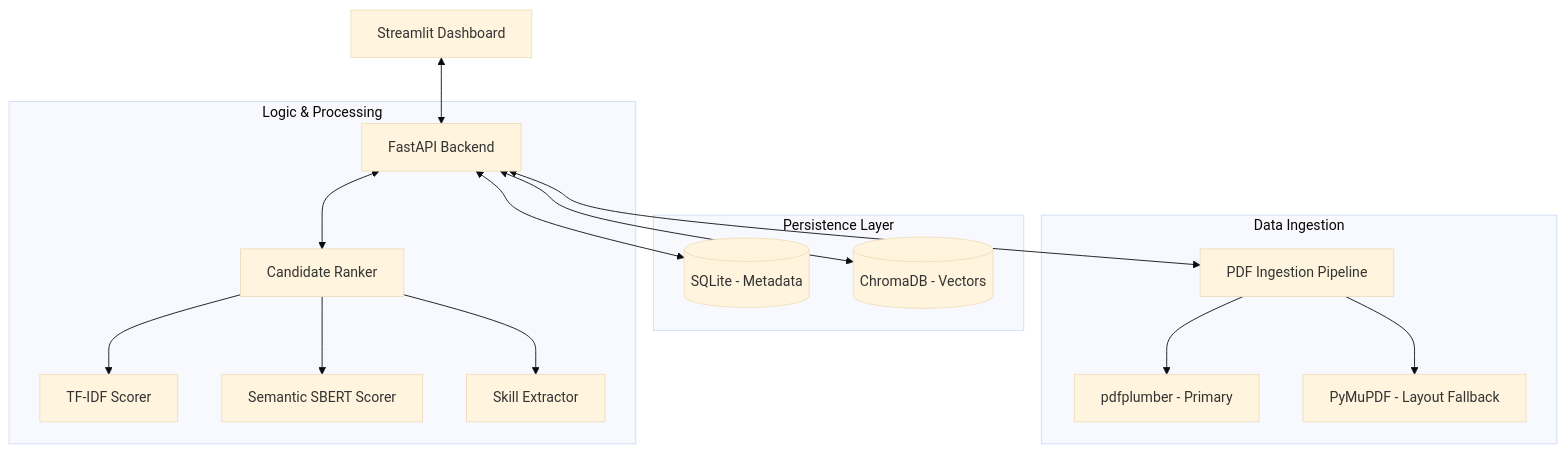
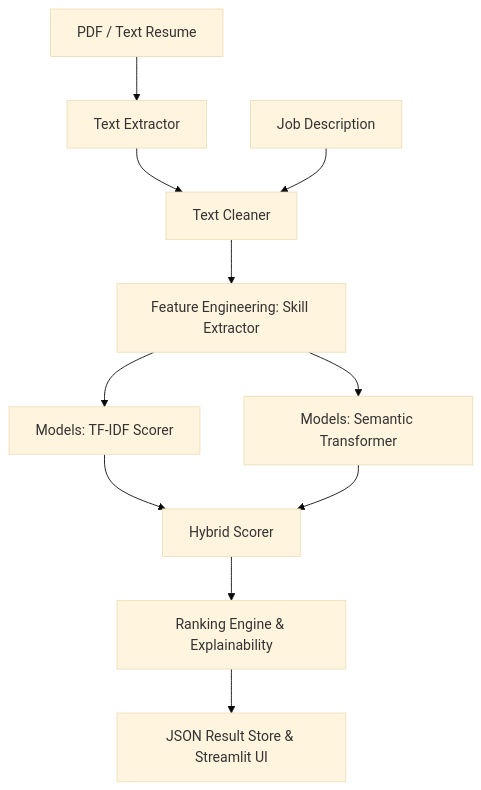
The diagram in README.md (KailasVS666/candidate-ranking-engine), drawn with Mermaid (base theme) before and after one commit. The commit also changed other lines of this file, not shown here.

Commit message:
docs: overhaul README with full project analysis, architecture, usage, and contribution guide

````diff
--- a/README.md
+++ b/README.md
@@ -26,22 +30,13 @@
 ```mermaid
 graph TD
-    A[Streamlit Dashboard] <--> B[FastAPI Backend]
-    
-    subgraph "Logic & Processing"
-        B <--> C[Candidate Ranker]
-        C --> D[TF-IDF Scorer]
-        C --> E[Semantic SBERT Scorer]
-        C --> F[Skill Extractor]
-    end
-    
-    subgraph "Persistence Layer"
-        B <--> G[(SQLite - Metadata)]
-        B <--> H[(ChromaDB - Vectors)]
-    end
-    
-    subgraph "Data Ingestion"
-        B <--> I[PDF Ingestion Pipeline]
-        I --> J[pdfplumber - Primary]
-        I --> K[PyMuPDF - Layout Fallback]
-    end
+    A[PDF / Text Resume] --> B[Text Extractor]
+    B --> C[Text Cleaner]
+    D[Job Description] --> C
+    C --> E[Feature Engineering: Skill Extractor]
+    E --> F[Models: TF-IDF Scorer]
+    E --> G[Models: Semantic Transformer]
+    F --> H[Hybrid Scorer]
+    G --> H
+    H --> I[Ranking Engine & Explainability]
+    I --> J[JSON Result Store & Streamlit UI]
 ```
````
